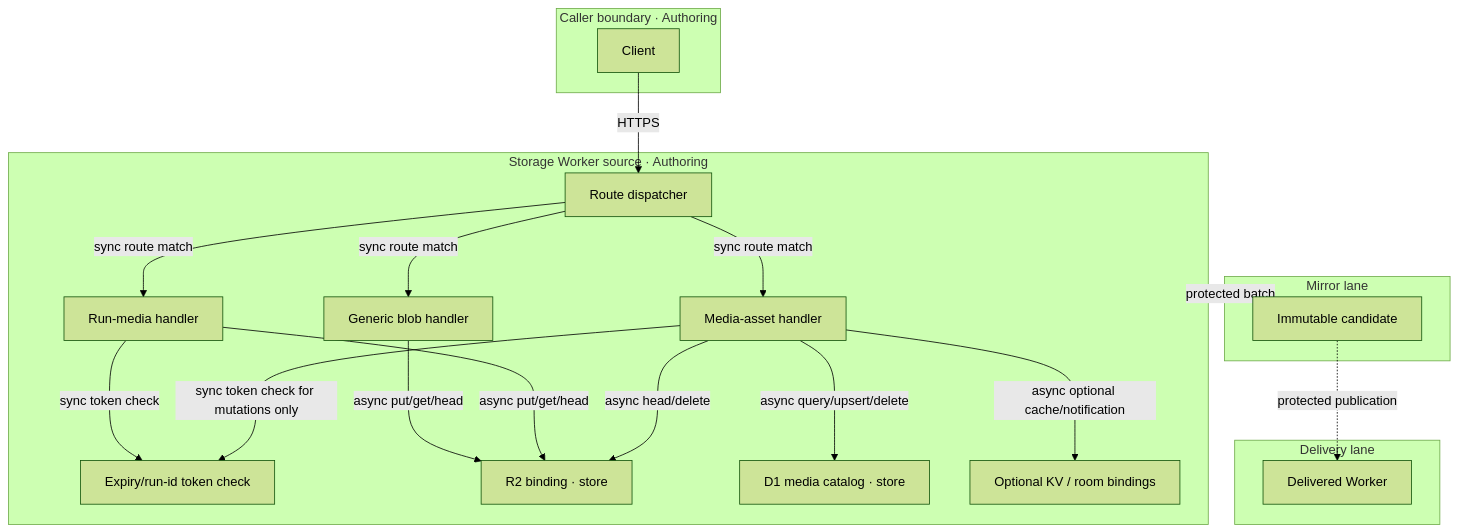
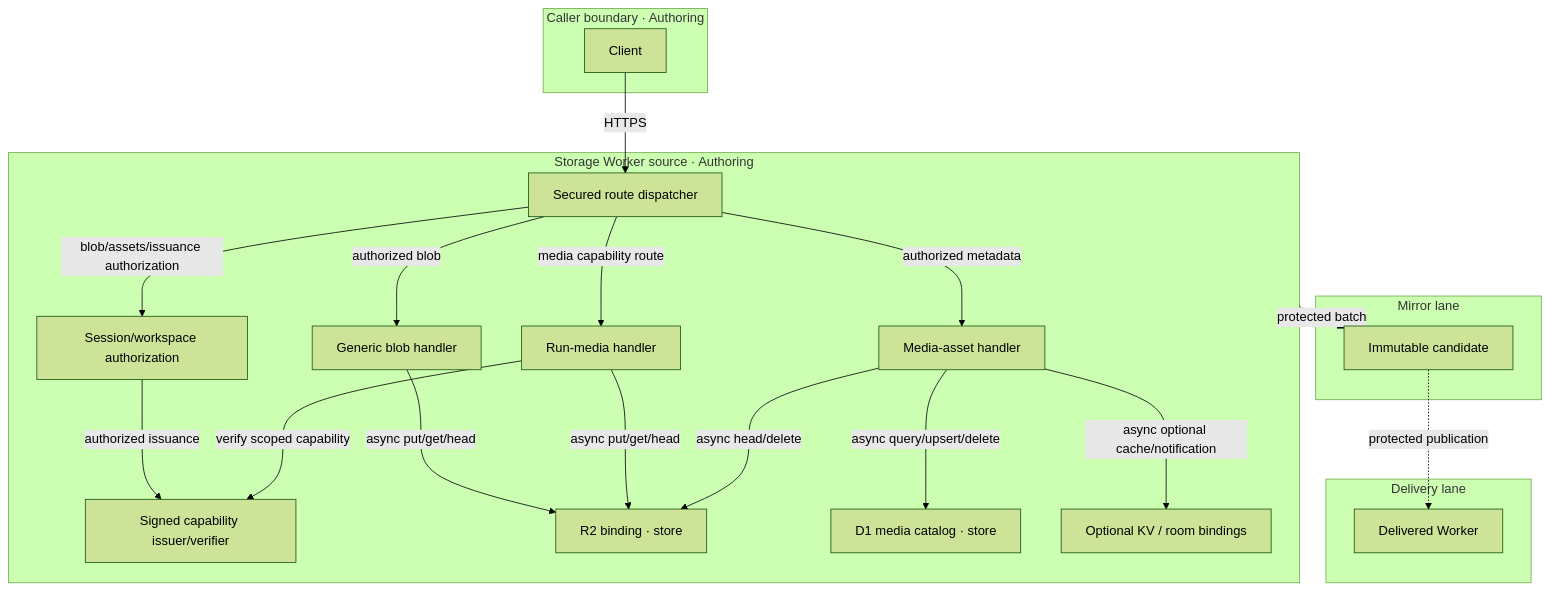
One commit to huijoohwee/agentic-graph changed the diagram in docs/documents/agentic-graph-artifact-media-storage-architecture.md. Above: the diagram before and after it, drawn with Mermaid (forest theme). The commit also changed other lines of this file and 645 other files, not shown here.

````diff
--- a/docs/documents/agentic-graph-artifact-media-storage-architecture.md
+++ b/docs/documents/agentic-graph-artifact-media-storage-architecture.md
@@ -82,35 +96,37 @@
 ```mermaid
 flowchart TB
   subgraph Caller["Caller boundary · Authoring"]
     Client["Client"]
   end
   subgraph WorkerSource["Storage Worker source · Authoring"]
-    Dispatch["Route dispatcher"]
+    Dispatch["Secured route dispatcher"]
     Blob["Generic blob handler"]
     Media["Run-media handler"]
     Assets["Media-asset handler"]
-    Auth["Expiry/run-id token check"]
+    Auth["Session/workspace authorization"]
+    Capability["Signed capability issuer/verifier"]
     Bucket["R2 binding · store"]
     Catalog["D1 media catalog · store"]
     Optional["Optional KV / room bindings"]
   end
   subgraph MirrorLane["Mirror lane"]
     Mirror["Immutable candidate"]
   end
   subgraph DeliveryLane["Delivery lane"]
     Delivered["Delivered Worker"]
   end
   Client -- "HTTPS" --> Dispatch
-  Dispatch -- "sync route match" --> Blob
-  Dispatch -- "sync route match" --> Media
-  Dispatch -- "sync route match" --> Assets
-  Media -- "sync token check" --> Auth
-  Assets -- "sync token check for mutations only" --> Auth
+  Dispatch -- "blob/assets/issuance authorization" --> Auth
+  Dispatch -- "authorized blob" --> Blob
+  Dispatch -- "media capability route" --> Media
+  Dispatch -- "authorized metadata" --> Assets
+  Auth -- "authorized issuance" --> Capability
+  Media -- "verify scoped capability" --> Capability
   Blob -- "async put/get/head" --> Bucket
   Media -- "async put/get/head" --> Bucket
   Assets -- "async head/delete" --> Bucket
   Assets -- "async query/upsert/delete" --> Catalog
   Assets -- "async optional cache/notification" --> Optional
   WorkerSource -. "protected batch" .-> Mirror
   Mirror -. "protected publication" .-> Delivered
 ```
````
